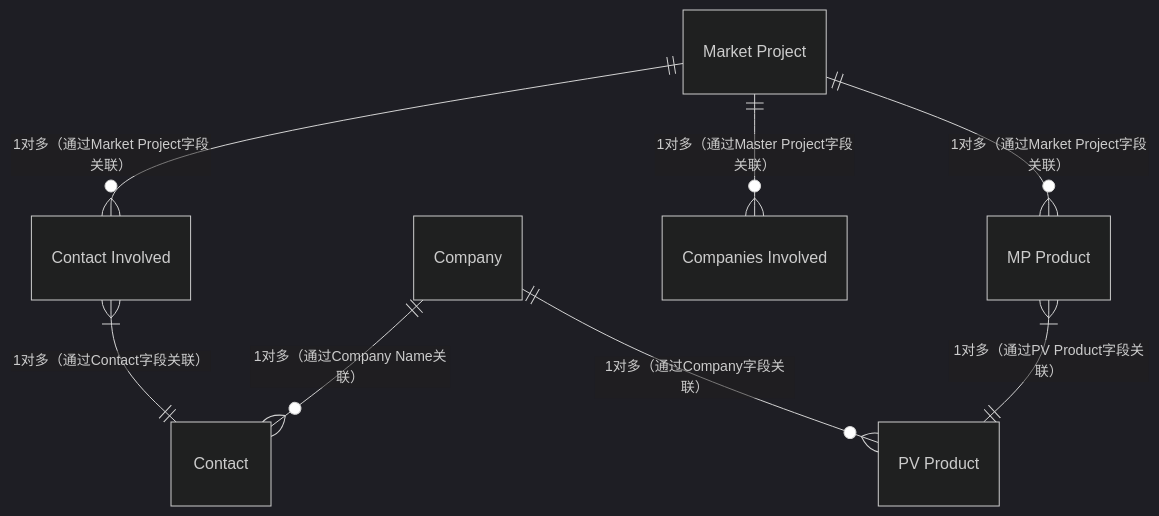
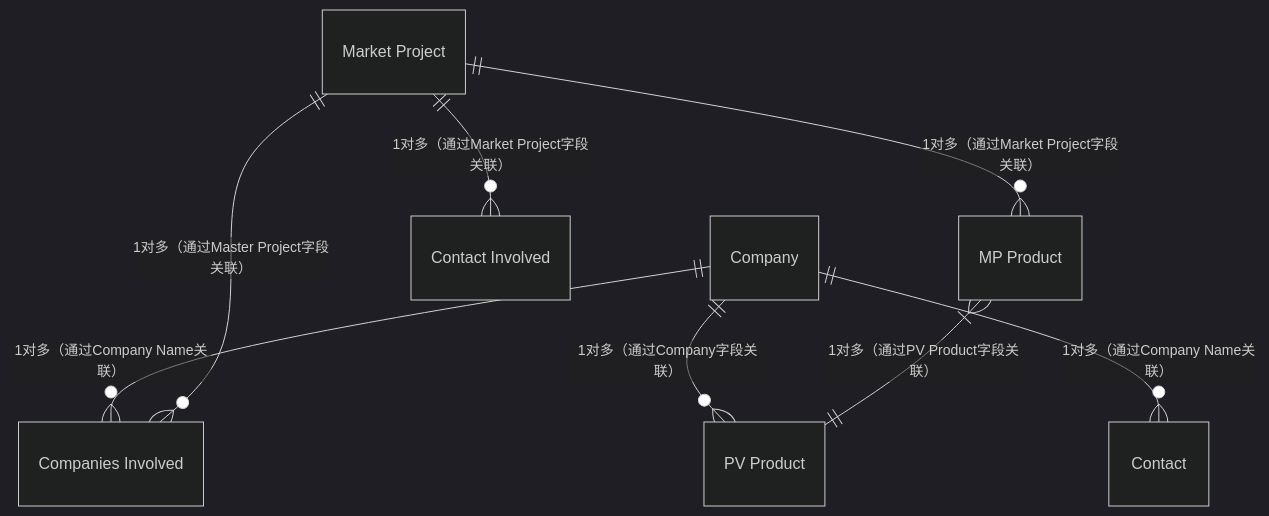
The diagram in all/Norden数据E-R图(7个对象，+contact).md (zhangziru-33/iodraw-files), drawn with Mermaid (dark theme) before and after one commit.

Commit message:
2025-12-04 14:55:21 update

````diff
--- a/all/Norden数据E-R图(7个对象，+contact).md
+++ b/all/Norden数据E-R图(7个对象，+contact).md
@@ -1,20 +1,20 @@
 ```mermaid
 erDiagram
     
     
     Company ||--o{ "PV Product" : "1对多（通过Company字段关联）"
     
     "Market Project" ||--o{ "Contact Involved" : "1对多（通过Market Project字段关联）"
-    "Contact Involved" }|--|| "Contact" : "1对多（通过Contact字段关联）"
+    %% "Contact Involved" }|--|| "Contact" : "1对多（通过Contact字段关联）"
     %% Contact ||--o{ "Conatct Involved" : "1对多（通过Conatct字段关联）"
     Company ||--o{ "Contact" : "1对多（通过Company Name关联）"
-    %% Company ||--o{ "Companies Involved" : "1对多（通过Company Name关联）"
+    Company ||--o{ "Companies Involved" : "1对多（通过Company Name关联）"
     %% "Companies Involved" }|--|| "Company" : "多对一（通过Contact字段关联）"
     "Market Project" ||--o{ "Companies Involved" : "1对多（通过Master Project字段关联）"
     
 
     "Market Project" ||--o{ "MP Product" : "1对多（通过Market Project字段关联）"
     "MP Product" }|--|| "PV Product" : "1对多（通过PV Product字段关联）"
    
     
 ```
````
